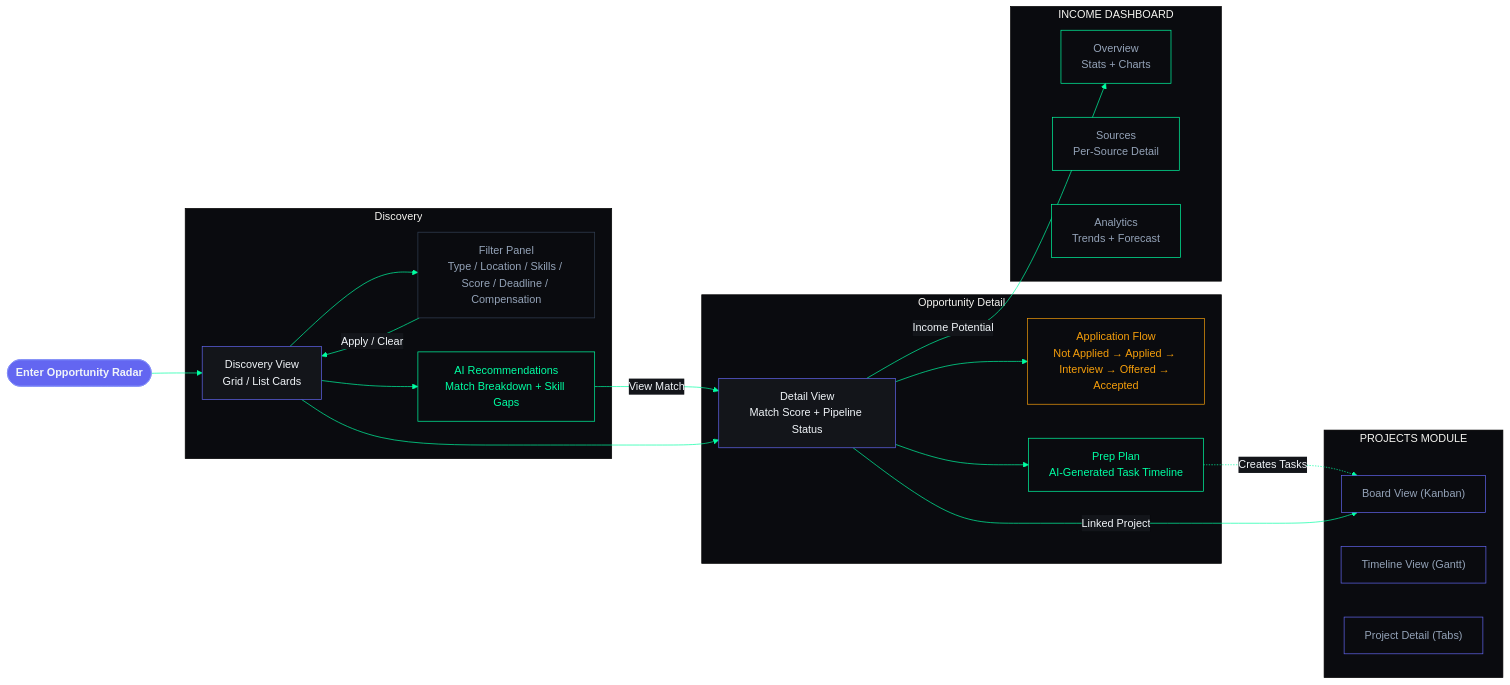
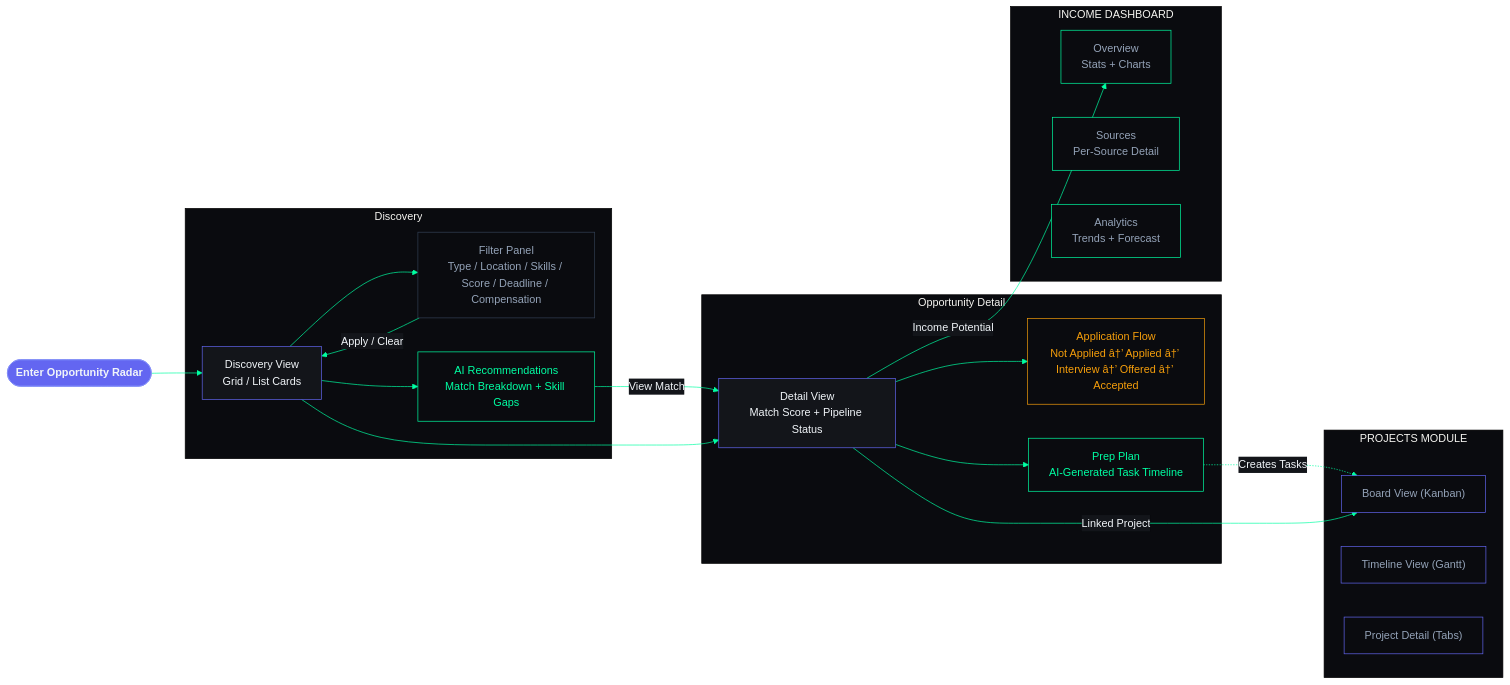
Before and after one commit to rohitkumarnaidu/ARIA-OS---SecondBrain-: the diagram in docs/design/wireframes/05_OPPORTUNITY_PROJECTS_INCOME_WIREFRAMES.md, drawn with Mermaid. The commit also changed other lines of this file and 9 other files, not shown here.

````diff
--- a/docs/design/wireframes/05_OPPORTUNITY_PROJECTS_INCOME_WIREFRAMES.md
+++ b/docs/design/wireframes/05_OPPORTUNITY_PROJECTS_INCOME_WIREFRAMES.md
@@ -13,51 +22,51 @@
 ```mermaid
 %%{init: {'theme':'base','themeVariables':{'primaryColor':'#6366F1','primaryTextColor':'#F1F5F9','lineColor':'#00FFA3','secondaryColor':'#13151A','tertiaryColor':'#0A0B0F','fontFamily':'DM Sans'}}}%%
 flowchart LR
     Start(["Enter Opportunity Radar"]):::start
 
     subgraph Discovery
         Disc["Discovery View<br/>Grid / List Cards"]:::disc
         Filter["Filter Panel<br/>Type / Location / Skills / Score / Deadline / Compensation"]:::filter
         AI_Rec["AI Recommendations<br/>Match Breakdown + Skill Gaps"]:::ai_rec
     end
 
     subgraph Detail["Opportunity Detail"]
         Detail_View["Detail View<br/>Match Score + Pipeline Status"]:::detail
-        Apply["Application Flow<br/>Not Applied → Applied → Interview → Offered → Accepted"]:::apply
+        Apply["Application Flow<br/>Not Applied â†’ Applied â†’ Interview â†’ Offered â†’ Accepted"]:::apply
         Prep["Prep Plan<br/>AI-Generated Task Timeline"]:::prep
     end
 
     subgraph Projects["PROJECTS MODULE"]
         PBoard["Board View (Kanban)"]:::pView
         PTimeline["Timeline View (Gantt)"]:::pView
         PDetail["Project Detail (Tabs)"]:::pView
     end
 
     subgraph Income["INCOME DASHBOARD"]
         IOverview["Overview<br/>Stats + Charts"]:::iView
         ISources["Sources<br/>Per-Source Detail"]:::iView
         IAnalytics["Analytics<br/>Trends + Forecast"]:::iView
     end
 
     Start --> Disc
     Disc --> Filter
     Filter -->|Apply / Clear| Disc
     Disc --> AI_Rec
     AI_Rec -->|View Match| Detail_View
     Disc --> Detail_View
     Detail_View --> Apply
     Detail_View --> Prep
     Prep -.->|Creates Tasks| PBoard
     Detail_View -->|Linked Project| PBoard
     Detail_View -->|Income Potential| IOverview
 
     classDef start fill:#6366F1,stroke:#818CF8,color:#F1F5F9,font-weight:700
     classDef disc fill:#13151A,stroke:#6366F1,color:#F1F5F9
     classDef filter fill:#0A0B0F,stroke:#334155,color:#94A3B8
     classDef ai_rec fill:#0A0B0F,stroke:#00FFA3,color:#00FFA3
     classDef detail fill:#13151A,stroke:#6366F1,color:#F1F5F9
     classDef apply fill:#0A0B0F,stroke:#F59E0B,color:#F59E0B
     classDef prep fill:#0A0B0F,stroke:#00FFA3,color:#00FFA3
     classDef pView fill:#0A0B0F,stroke:#6366F1,color:#94A3B8
     classDef iView fill:#0A0B0F,stroke:#00FFA3,color:#94A3B8
 ```
````
